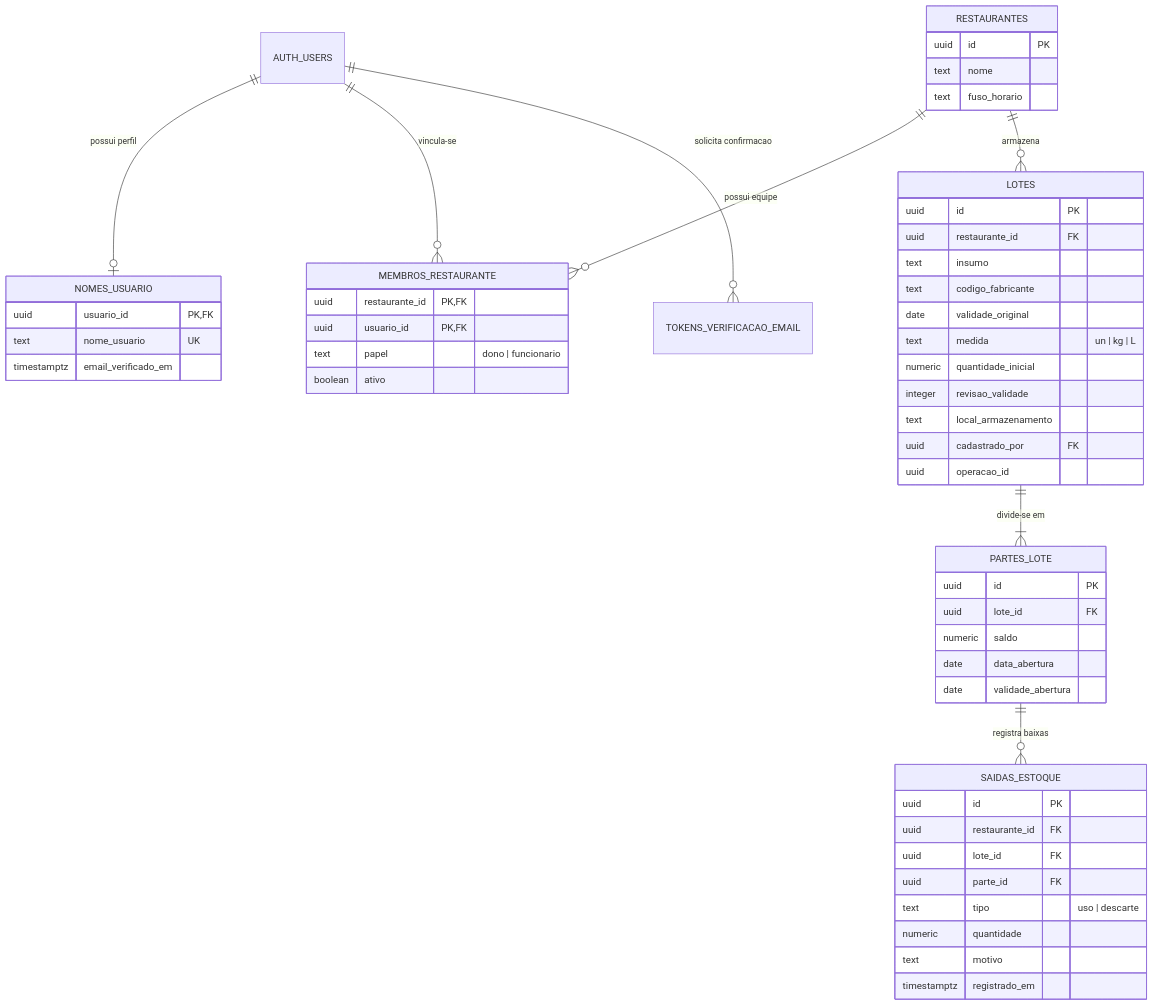
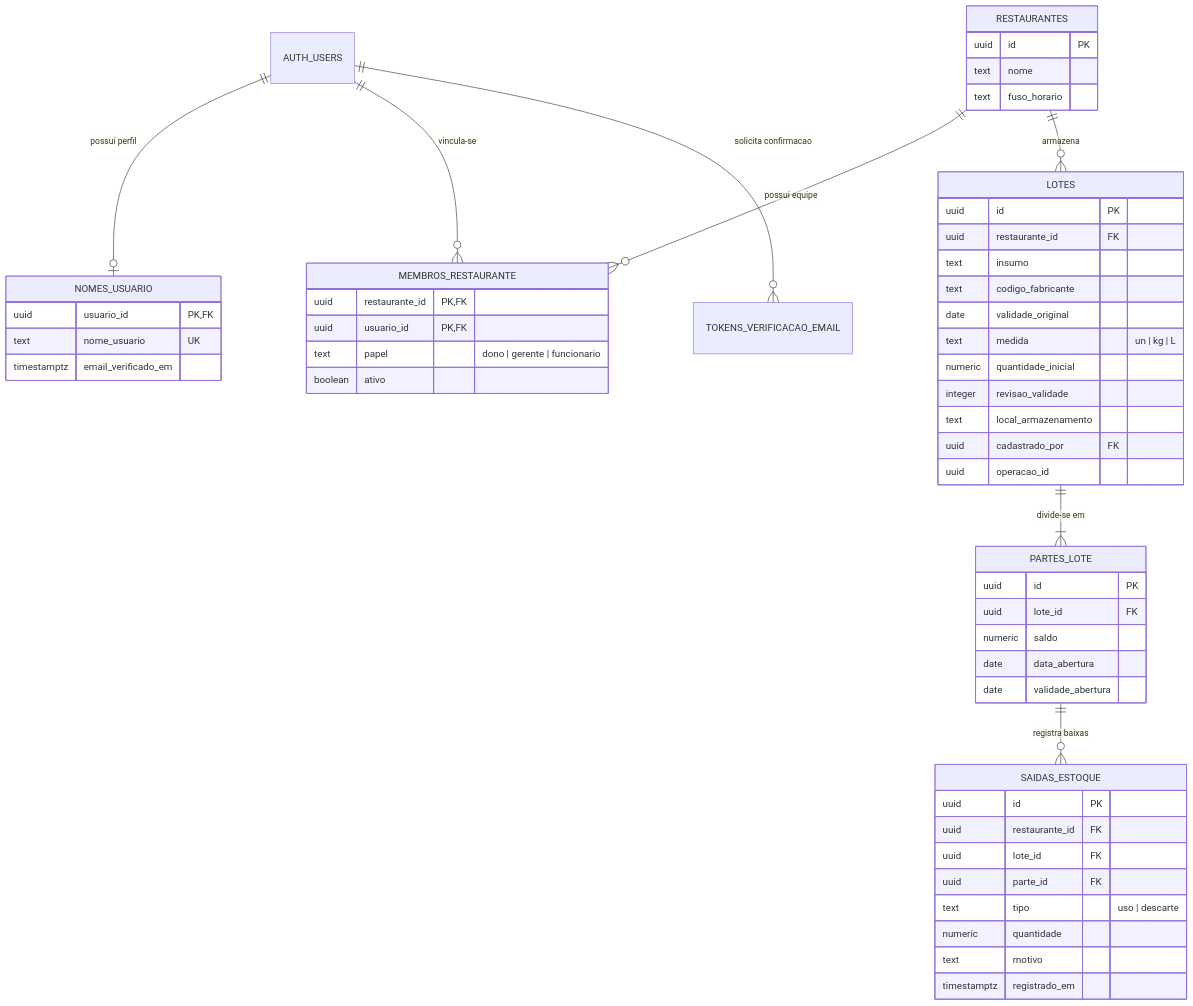
One commit to fabioboeingsantos/Sync changed the diagram in docs/architecture/data-model.md. Above: the diagram before and after it, drawn with Mermaid. The commit also changed other lines of this file and 36 other files, not shown here.

````diff
--- a/docs/architecture/data-model.md
+++ b/docs/architecture/data-model.md
@@ -9,57 +9,57 @@
 ```mermaid
 erDiagram
   AUTH_USERS ||--o| NOMES_USUARIO : "possui perfil"
   AUTH_USERS ||--o{ MEMBROS_RESTAURANTE : "vincula-se"
   RESTAURANTES ||--o{ MEMBROS_RESTAURANTE : "possui equipe"
   RESTAURANTES ||--o{ LOTES : "armazena"
   LOTES ||--|{ PARTES_LOTE : "divide-se em"
   PARTES_LOTE ||--o{ SAIDAS_ESTOQUE : "registra baixas"
   AUTH_USERS ||--o{ TOKENS_VERIFICACAO_EMAIL : "solicita confirmacao"
 
   RESTAURANTES {
     uuid id PK
     text nome
     text fuso_horario
   }
   MEMBROS_RESTAURANTE {
     uuid restaurante_id PK,FK
     uuid usuario_id PK,FK
-    text papel "dono | funcionario"
+    text papel "dono | gerente | funcionario"
     boolean ativo
   }
   NOMES_USUARIO {
     uuid usuario_id PK,FK
     text nome_usuario UK
     timestamptz email_verificado_em
   }
   LOTES {
     uuid id PK
     uuid restaurante_id FK
     text insumo
     text codigo_fabricante
     date validade_original
     text medida "un | kg | L"
     numeric quantidade_inicial
     integer revisao_validade
     text local_armazenamento
     uuid cadastrado_por FK
     uuid operacao_id
   }
   PARTES_LOTE {
     uuid id PK
     uuid lote_id FK
     numeric saldo
     date data_abertura
     date validade_abertura
   }
   SAIDAS_ESTOQUE {
     uuid id PK
     uuid restaurante_id FK
     uuid lote_id FK
     uuid parte_id FK
     text tipo "uso | descarte"
     numeric quantidade
     text motivo
     timestamptz registrado_em
   }
 ```
````
